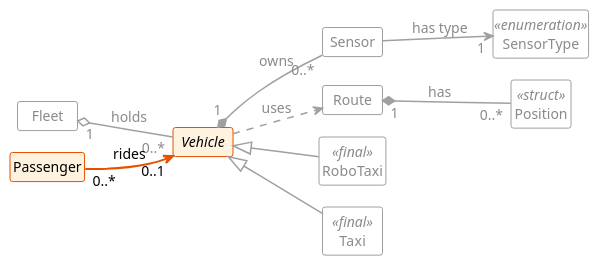
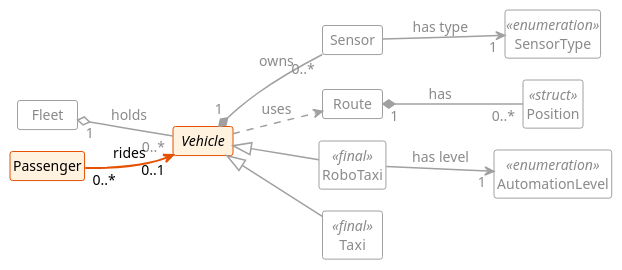
Before and after one commit to zeidk/enpm702-fall-2026-cpp: the diagram in project/week9/uml/model_l9_association.plantuml, drawn with PlantUML. The commit also changed 33 other files, not shown here.

First line of the commit message:
week9: assign_driver, change_zone, AutomationLevel, step comments, new slide numbers

```diff
--- a/project/week9/uml/model_l9_association.plantuml
+++ b/project/week9/uml/model_l9_association.plantuml
@@ -1,93 +1,102 @@
 @startuml model_l9_association
 ' Generated for the slides.
 !theme mono
 skinparam backgroundColor white
 skinparam defaultFontName "Fira Sans"
 skinparam defaultFontSize 14
 skinparam shadowing false
 skinparam classAttributeIconSize 0
 skinparam nodesep 22
 skinparam ranksep 50
 skinparam ArrowThickness 1.5
 hide circle
 hide members
 skinparam minClassWidth 60
 skinparam classStereotypeFontSize 14
 left to right direction
 
 class Fleet #back:FFFFFF;line:A0A0A0;text:8A8A8A {
   - vehicles_ : vector<shared_ptr<Vehicle>>
   + add(shared_ptr<Vehicle>) : void
   + remove(int) : bool
   + size() : size_t
 }
 class Passenger #back:FFF3E0;line:E65100;text:000000 {
   - name_ : string
   - ride_ : weak_ptr<Vehicle>
   + board(shared_ptr<Vehicle>) : void
   + leave() : void
 }
 abstract class Vehicle #back:FFF3E0;line:E65100;text:000000 {
   - id_ : int
   - {static} next_id_ : int
   - max_speed_ : double
   - speed_ : double
   - color_ : string
   - mileage_ : double
   - sensors_ : vector<unique_ptr<Sensor>>
   + Vehicle(double)
   + get_id() : int
   + get_color() : const string&
   + get_max_speed() : double
   + get_speed() : double
   + set_speed(double) : void
   + get_mileage() : double
   + add_mileage(double) : void
   + add_sensor(SensorType, double) : int
   + sensor_count() : size_t
   + get_sensors() : const vector<unique_ptr<Sensor>>&
   + {abstract} drive(const Route&) : void
   # log_event(const string&) : void
 }
 class Sensor #back:FFFFFF;line:A0A0A0;text:8A8A8A {
   - id_ : int
   - type_ : SensorType
   - range_ : double
   + Sensor(int, SensorType, double)
   + get_id() : int
   + get_type() : SensorType
   + get_range() : double
 }
 enum SensorType <<enumeration>> #back:FFFFFF;line:A0A0A0;text:8A8A8A {
   lidar
   camera
   radar
 }
 class Route #back:FFFFFF;line:A0A0A0;text:8A8A8A {
   - waypoints_ : vector<Position>
   + add(Position) : void
   + length() : double
 }
 class Position <<struct>> #back:FFFFFF;line:A0A0A0;text:8A8A8A {
   + x : double
   + y : double
 }
 class RoboTaxi <<final>> #back:FFFFFF;line:A0A0A0;text:8A8A8A {
   - operating_zone_ : string
-  - automation_level_ : int
+  - automation_level_ : AutomationLevel
   + drive(const Route&) : void
 }
 class Taxi <<final>> #back:FFFFFF;line:A0A0A0;text:8A8A8A {
   - driver_name_ : string
   + drive(const Route&) : void
+}
+enum AutomationLevel <<enumeration>> #back:FFFFFF;line:A0A0A0;text:8A8A8A {
+  level_0
+  level_1
+  level_2
+  level_3
+  level_4
+  level_5
 }
 
 Fleet "<color:#8A8A8A>1</color>" o-[#A0A0A0]- "<color:#8A8A8A>0..*</color>" Vehicle : <color:#8A8A8A>holds</color>
 Passenger "<color:#000000>0..*</color>" -[#E65100,thickness=2]-> "<color:#000000>0..1</color>" Vehicle : <color:#000000>rides</color>
 Vehicle "<color:#8A8A8A>1</color>" *-[#A0A0A0]- "<color:#8A8A8A>0..*</color>" Sensor : <color:#8A8A8A>owns</color>
 Vehicle .[#A0A0A0].> Route : <color:#8A8A8A>uses</color>
 Route "<color:#8A8A8A>1</color>" *-[#A0A0A0]- "<color:#8A8A8A>0..*</color>" Position : <color:#8A8A8A>has</color>
 Sensor -[#A0A0A0]-> "<color:#8A8A8A>1</color>" SensorType : <color:#8A8A8A>has type</color>
 Vehicle <|-[#A0A0A0]- RoboTaxi
 Vehicle <|-[#A0A0A0]- Taxi
+RoboTaxi -[#A0A0A0]-> "<color:#8A8A8A>1</color>" AutomationLevel : <color:#8A8A8A>has level</color>
 @enduml
```
